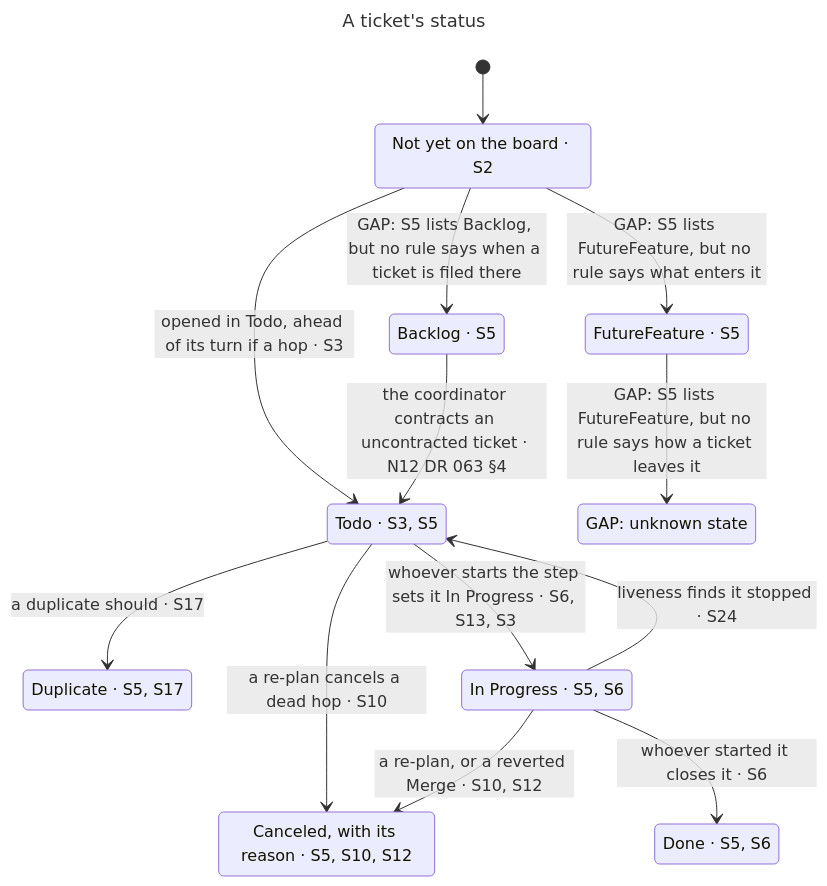
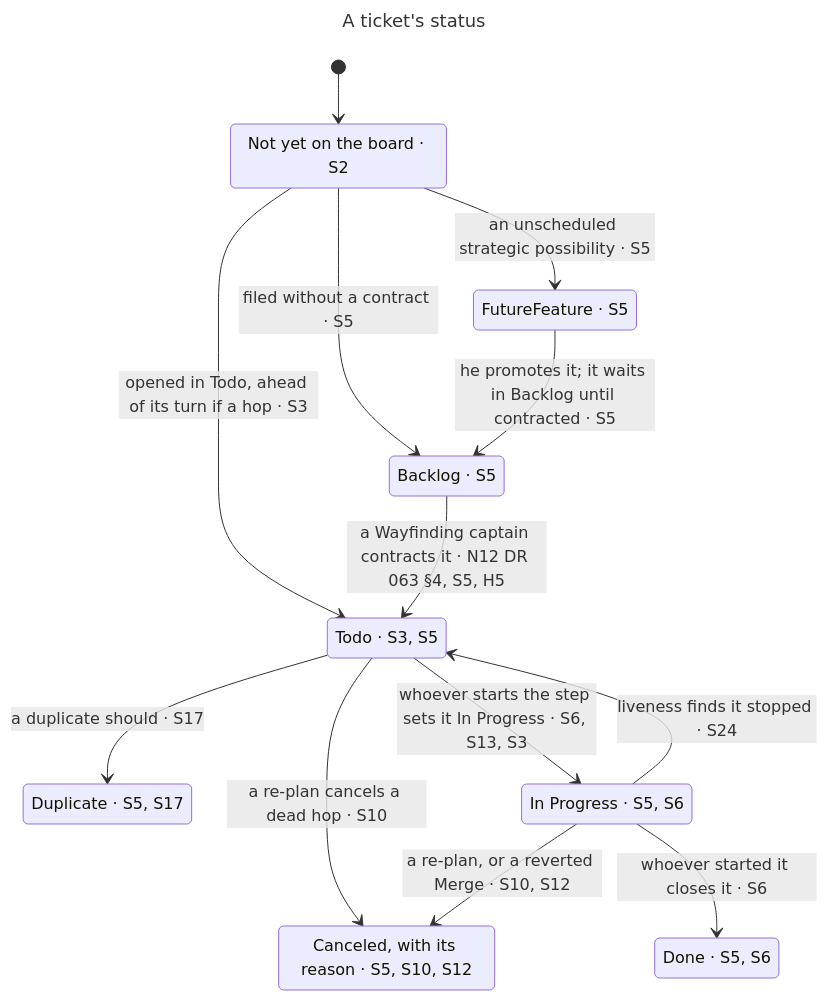
Before and after one commit to BalazsOrg/dydo: the diagram in claims/statechart/ticket-status/chart.mmd, drawn with Mermaid. The commit also changed 9 other files, not shown here.

First line of the commit message:
DYD-1286 implement: charts and statechart README follow the closed GAPs

```diff
--- a/claims/statechart/ticket-status/chart.mmd
+++ b/claims/statechart/ticket-status/chart.mmd
@@ -1,25 +1,24 @@
 ---
 title: "A ticket's status"
 ---
 stateDiagram-v2
   s0: Not yet on the board #183; S2
   s1: Backlog #183; S5
   s2: FutureFeature #183; S5
   s3: Todo #183; S3, S5
   s4: Canceled, with its reason #183; S5, S10, S12
   s5: Duplicate #183; S5, S17
-  s6: GAP: unknown state
-  s7: In Progress #183; S5, S6
-  s8: Done #183; S5, S6
+  s6: In Progress #183; S5, S6
+  s7: Done #183; S5, S6
   [*] --> s0
-  s0 --> s1: GAP: S5 lists Backlog, but no rule says when a ticket is filed there
-  s0 --> s2: GAP: S5 lists FutureFeature, but no rule says what enters it
+  s0 --> s1: filed without a contract #183; S5
+  s0 --> s2: an unscheduled strategic possibility #183; S5
   s0 --> s3: opened in Todo, ahead of its turn if a hop #183; S3
-  s1 --> s3: the coordinator contracts an uncontracted ticket #183; N12 DR 063 #167;4
-  s2 --> s6: GAP: S5 lists FutureFeature, but no rule says how a ticket leaves it
+  s1 --> s3: a Wayfinding captain contracts it #183; N12 DR 063 #167;4, S5, H5
+  s2 --> s1: he promotes it#59; it waits in Backlog until contracted #183; S5
   s3 --> s4: a re-plan cancels a dead hop #183; S10
   s3 --> s5: a duplicate should #183; S17
-  s3 --> s7: whoever starts the step sets it In Progress #183; S6, S13, S3
-  s7 --> s3: liveness finds it stopped #183; S24
-  s7 --> s4: a re-plan, or a reverted Merge #183; S10, S12
-  s7 --> s8: whoever started it closes it #183; S6
+  s3 --> s6: whoever starts the step sets it In Progress #183; S6, S13, S3
+  s6 --> s3: liveness finds it stopped #183; S24
+  s6 --> s4: a re-plan, or a reverted Merge #183; S10, S12
+  s6 --> s7: whoever started it closes it #183; S6
```
